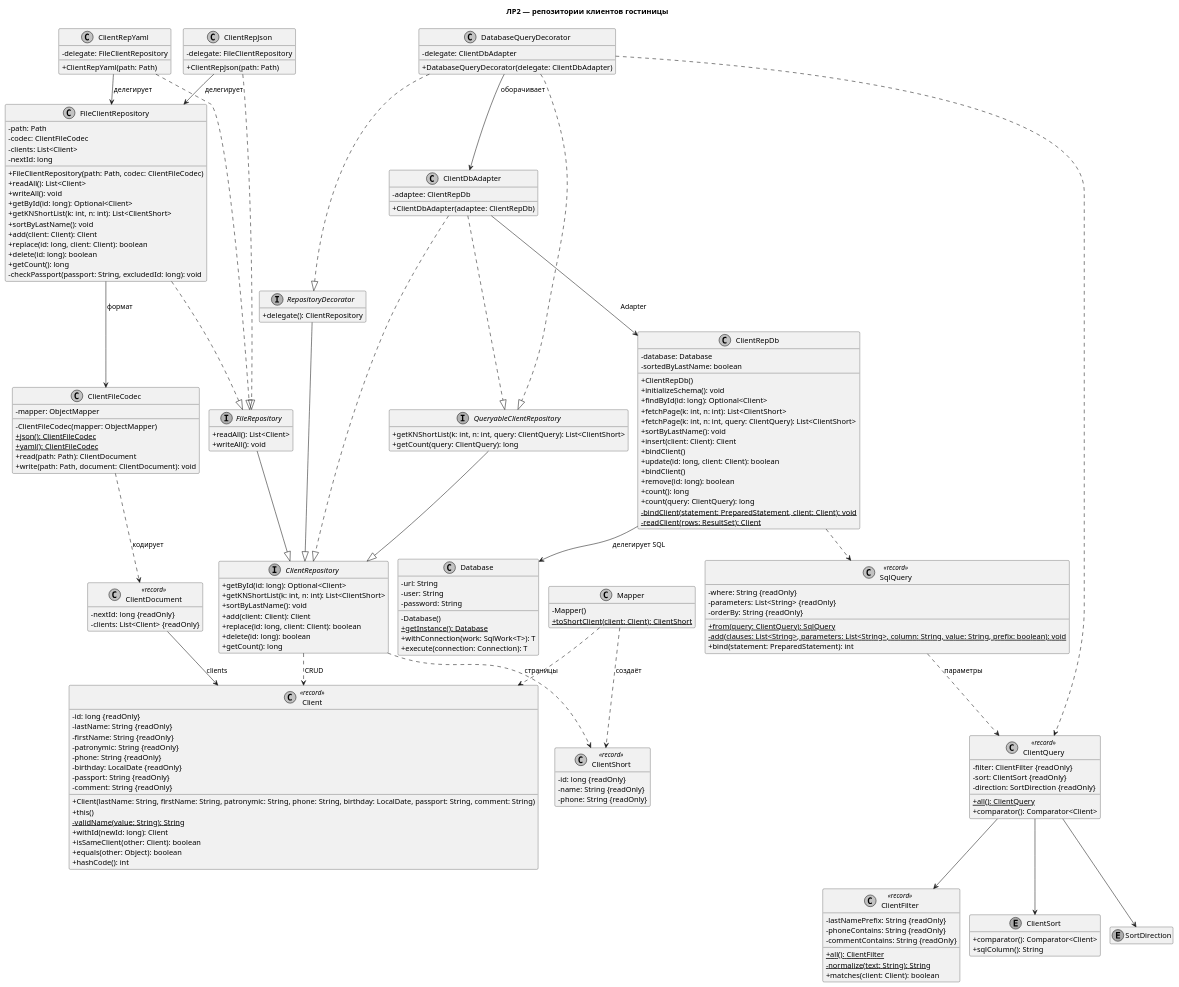
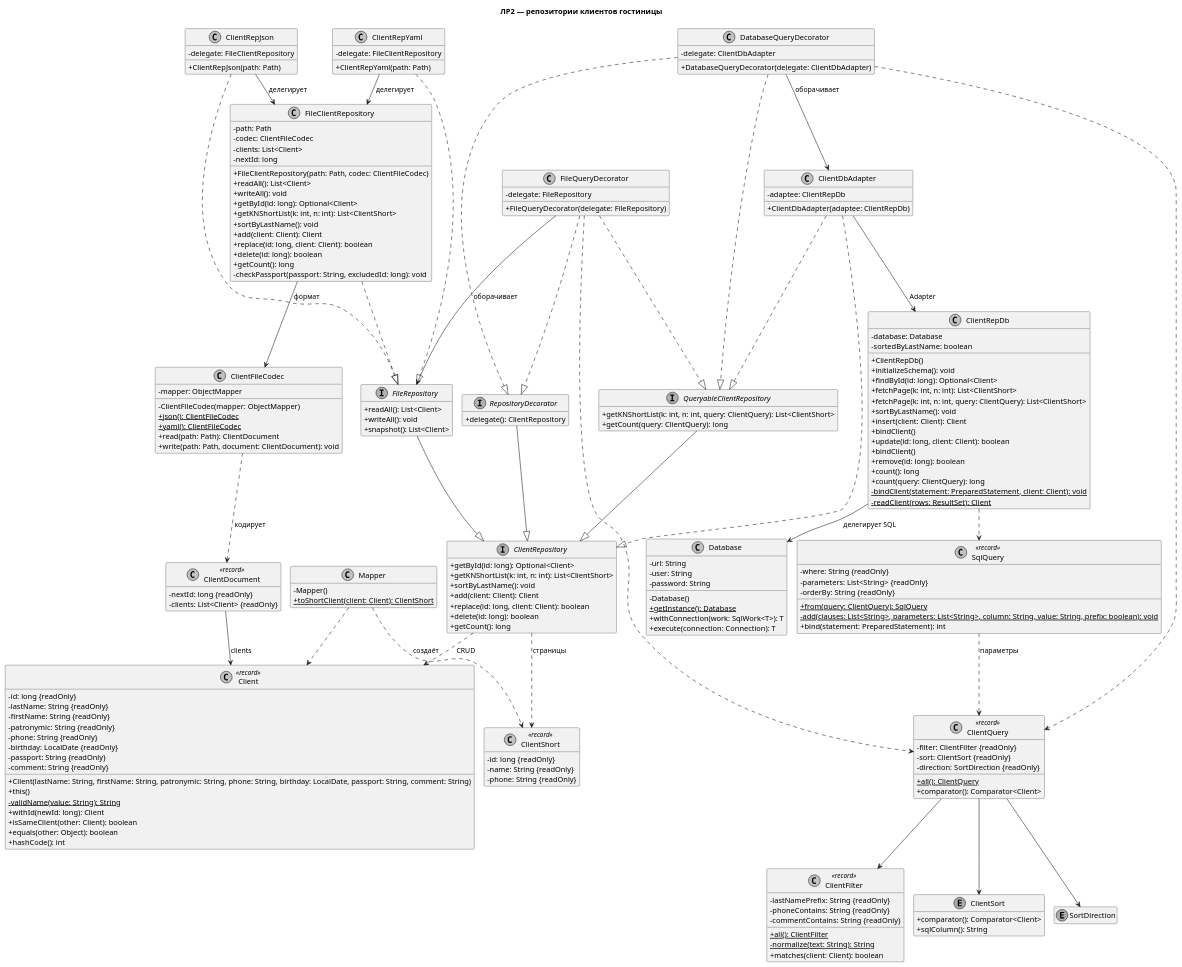
One commit to enteryourworld/information-system-design changed the diagram in лаб2/docs/class-diagram.puml. Above: the diagram before and after it, drawn with PlantUML. The commit also changed 8 other files, not shown here.

```diff
--- a/лаб2/docs/class-diagram.puml
+++ b/лаб2/docs/class-diagram.puml
@@ -145,9 +145,15 @@
   - checkPassport(passport: String, excludedId: long): void
 }
 
+class FileQueryDecorator {
+  - delegate: FileRepository
+  + FileQueryDecorator(delegate: FileRepository)
+}
+
 interface FileRepository {
   + readAll(): List<Client>
   + writeAll(): void
+  + snapshot(): List<Client>
 }
 
 class Mapper {
@@ -198,10 +204,14 @@
 DatabaseQueryDecorator ..|> QueryableClientRepository
 DatabaseQueryDecorator --> ClientDbAdapter : оборачивает
 ClientDbAdapter ..|> QueryableClientRepository
+FileQueryDecorator ..|> RepositoryDecorator
+FileQueryDecorator ..|> QueryableClientRepository
+FileQueryDecorator --> FileRepository : оборачивает
 ClientQuery --> ClientFilter
 ClientQuery --> ClientSort
 ClientQuery --> SortDirection
 SqlQuery ..> ClientQuery : параметры
 ClientRepDb ..> SqlQuery
 DatabaseQueryDecorator ..> ClientQuery
+FileQueryDecorator ..> ClientQuery
 @enduml
```
